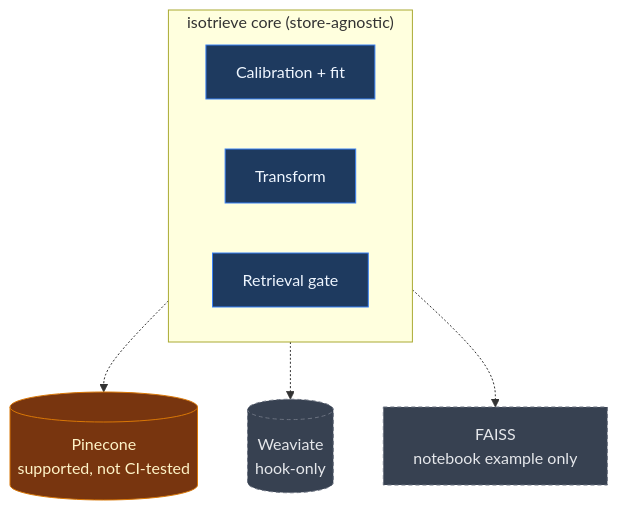
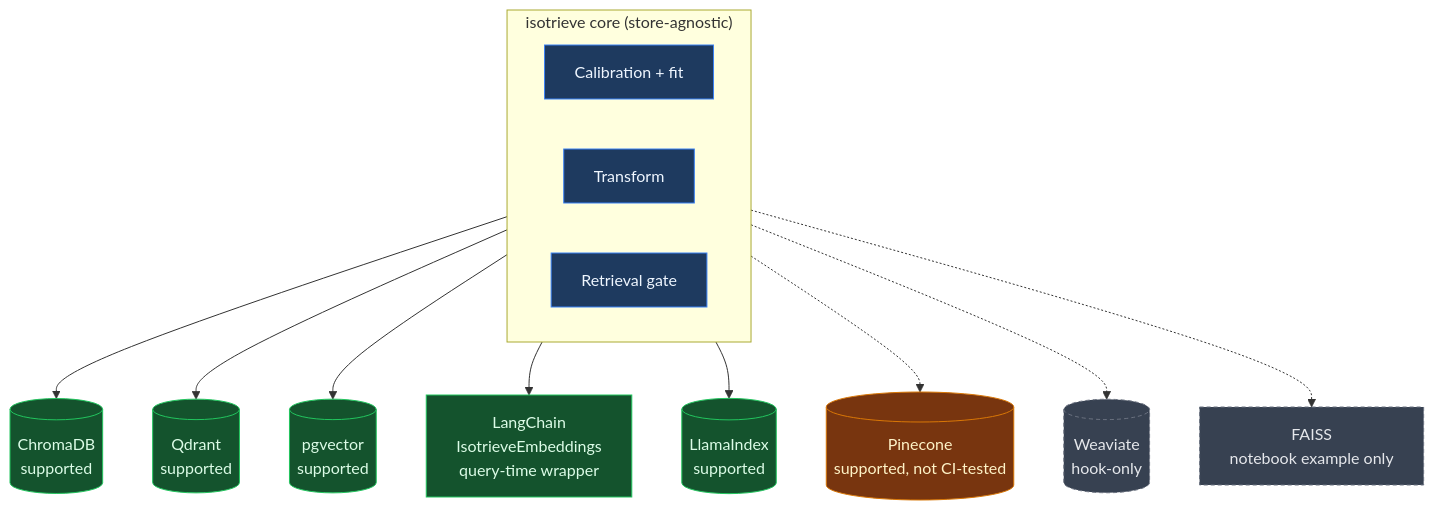
The second of 2 diagrams in README.md (krish1925/isotrieve), drawn with Mermaid before and after one commit. The commit also changed other lines of this file, not shown here.

Commit message:
docs: restore complete mermaid diagrams in main README (nodes + edges valid)

````diff
--- a/README.md
+++ b/README.md
@@ -87,22 +95,27 @@
 ```mermaid
 flowchart TB
     subgraph Core["isotrieve core (store-agnostic)"]
         direction LR
         Calib[Calibration + fit]
         Xform[Transform]
         Gate[Retrieval gate]
     end
 
+    Core --> Chroma[(ChromaDB<br/>supported)]
+    Core --> QD[(Qdrant<br/>supported)]
+    Core --> PGV[(pgvector<br/>supported)]
+    Core --> LC[LangChain<br/>IsotrieveEmbeddings<br/>query-time wrapper]
+    Core --> LI[(LlamaIndex<br/>supported)]
     Core -.-> PC[(Pinecone<br/>supported, not CI-tested)]
     Core -.-> WV[(Weaviate<br/>hook-only)]
     Core -.-> FA[FAISS<br/>notebook example only]
 
     classDef core fill:#1e3a5f,stroke:#3b82f6,color:#eff6ff;
     classDef ready fill:#14532d,stroke:#22c55e,color:#dcfce7;
     classDef partial fill:#78350f,stroke:#d97706,color:#fef3c7;
     classDef planned fill:#374151,stroke:#6b7280,color:#e5e7eb,stroke-dasharray: 4 3;
     class Calib,Xform,Gate core;
     class Chroma,QD,PGV,LC,LI ready;
     class PC partial;
     class WV,FA planned;
 ```
````
